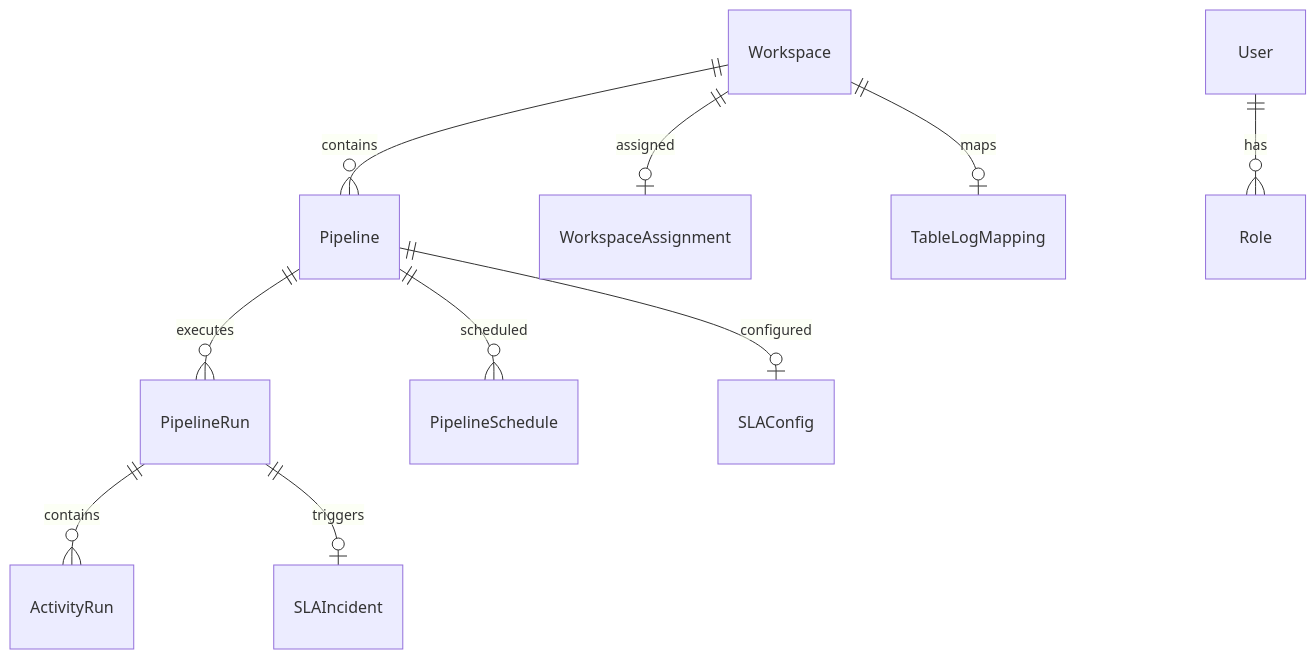
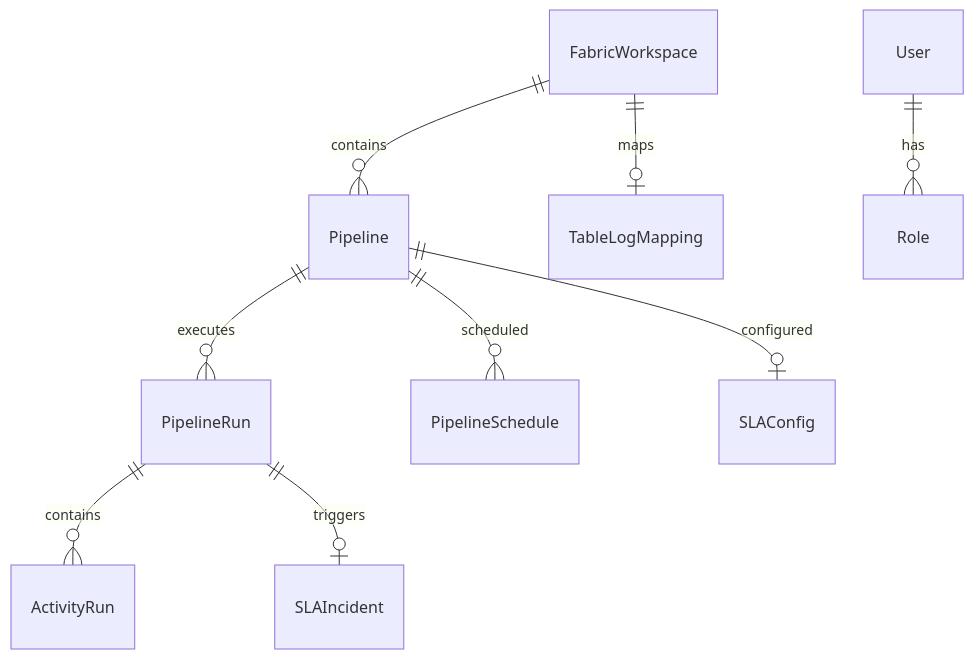
Before and after one commit to Malik-xae-12/mymonitor: the fifth of 5 diagrams in docs/ARCHITECTURE.md, drawn with Mermaid. The commit also changed other lines of this file and 33 other files, not shown here.

````diff
--- a/docs/ARCHITECTURE.md
+++ b/docs/ARCHITECTURE.md
@@ -375,12 +386,11 @@
 ```mermaid
 erDiagram
-    Workspace ||--o{ Pipeline : contains
-    Workspace ||--o| WorkspaceAssignment : assigned
-    Workspace ||--o| TableLogMapping : maps
+    FabricWorkspace ||--o{ Pipeline : contains
+    FabricWorkspace ||--o| TableLogMapping : maps
     Pipeline ||--o{ PipelineRun : executes
     Pipeline ||--o{ PipelineSchedule : scheduled
     Pipeline ||--o| SLAConfig : configured
     PipelineRun ||--o{ ActivityRun : contains
     PipelineRun ||--o| SLAIncident : triggers
     User ||--o{ Role : has
 ```
````
